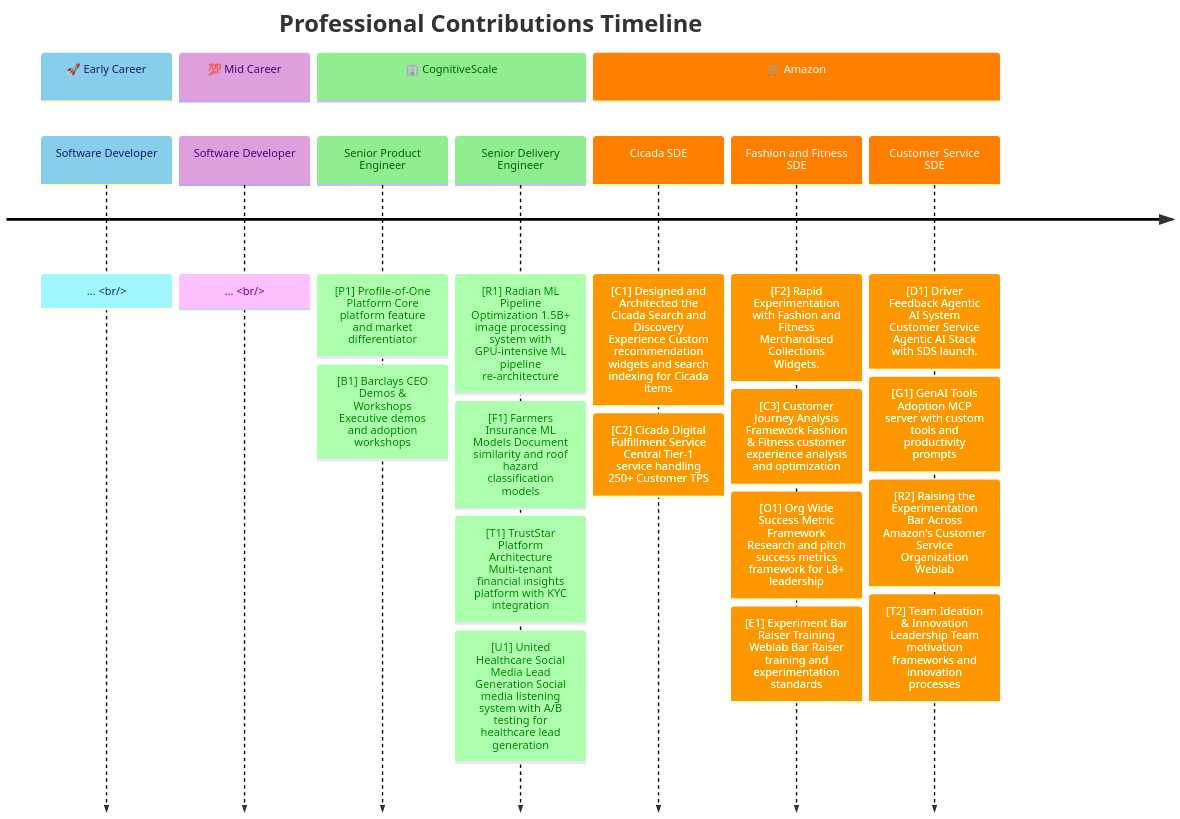
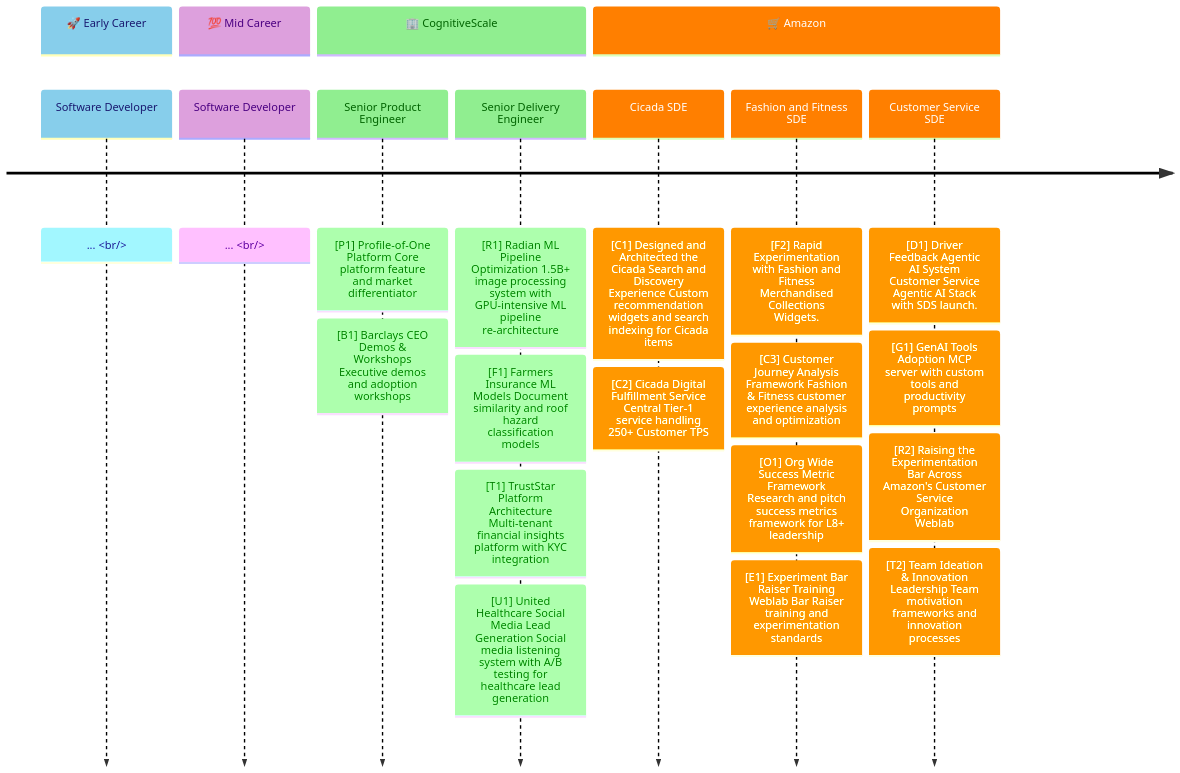
One commit to omars-lab/omars-lab.github.io changed the diagram in bytesofpurpose-blog/blog/2025-09-27-my-contributions.mdx. Above: the diagram before and after it, drawn with Mermaid. The commit also changed other lines of this file and 6 other files, not shown here.

````diff
--- a/bytesofpurpose-blog/blog/2025-09-27-my-contributions.mdx
+++ b/bytesofpurpose-blog/blog/2025-09-27-my-contributions.mdx
@@ -25,49 +25,48 @@
 ```mermaid
 ---
 config:
   logLevel: 'debug'
   theme: 'default'
   themeVariables:
     cScale0: '#87CEEB'
     cScaleLabel0: '#191970'
     cScale1: '#DDA0DD'
     cScaleLabel1: '#4B0082'
     cScale2: '#90EE90'
     cScaleLabel2: '#006400'
     cScale3: '#ff7f00'
     cScaleLabel3: '#ffffff'
     messageAlign: 'left'
 ---
 timeline
-    title Professional Contributions Timeline
     section 🚀 Early Career
         Software Developer 
             : ... <br/>
     section 💯 Mid Career
         Software Developer 
             : ... <br/>
     section 🏢 CognitiveScale
         Senior Product Engineer
             : [P1] Profile-of-One Platform Core platform feature and market differentiator
             : [B1] Barclays CEO Demos & Workshops Executive demos and adoption workshops
         Senior Delivery Engineer
             : [R1] Radian ML Pipeline Optimization 1.5B+ image processing system with GPU-intensive ML pipeline re-architecture
             : [F1] Farmers Insurance ML Models Document similarity and roof hazard classification models
             : [T1] TrustStar Platform Architecture Multi-tenant financial insights platform with KYC integration
             : [U1] United Healthcare Social Media Lead Generation Social media listening system with A/B testing for healthcare lead generation
     section 🛒 Amazon
         Cicada SDE 
             : [C1] Designed and Architected the Cicada Search and Discovery Experience Custom recommendation widgets and search indexing for Cicada items
             : [C2] Cicada Digital Fulfillment Service Central Tier-1 service handling 250+ Customer TPS
         Fashion and Fitness SDE 
             : [F2] Rapid Experimentation with Fashion and Fitness Merchandised Collections Widgets.
             : [C3] Customer Journey Analysis Framework Fashion & Fitness customer experience analysis and optimization
             : [O1] Org Wide Success Metric Framework Research and pitch success metrics framework for L8+ leadership
             : [E1] Experiment Bar Raiser Training Weblab Bar Raiser training and experimentation standards
         Customer Service SDE 
             : [D1] Driver Feedback Agentic AI System Customer Service Agentic AI Stack with SDS launch.
             : [G1] GenAI Tools Adoption MCP server with custom tools and productivity prompts
             : [R2] Raising the Experimentation Bar Across Amazon's Customer Service Organization Weblab
             : [T2] Team Ideation & Innovation Leadership Team motivation frameworks and innovation processes
 
 ```
````
